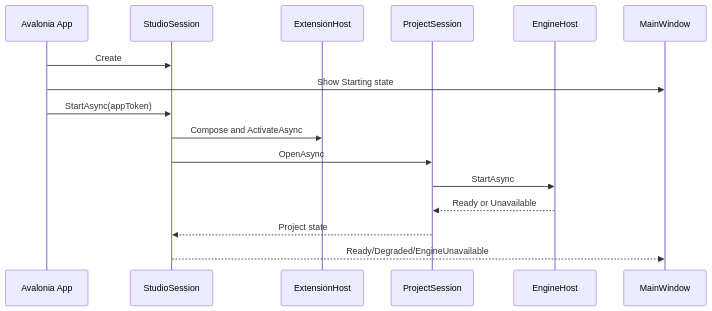
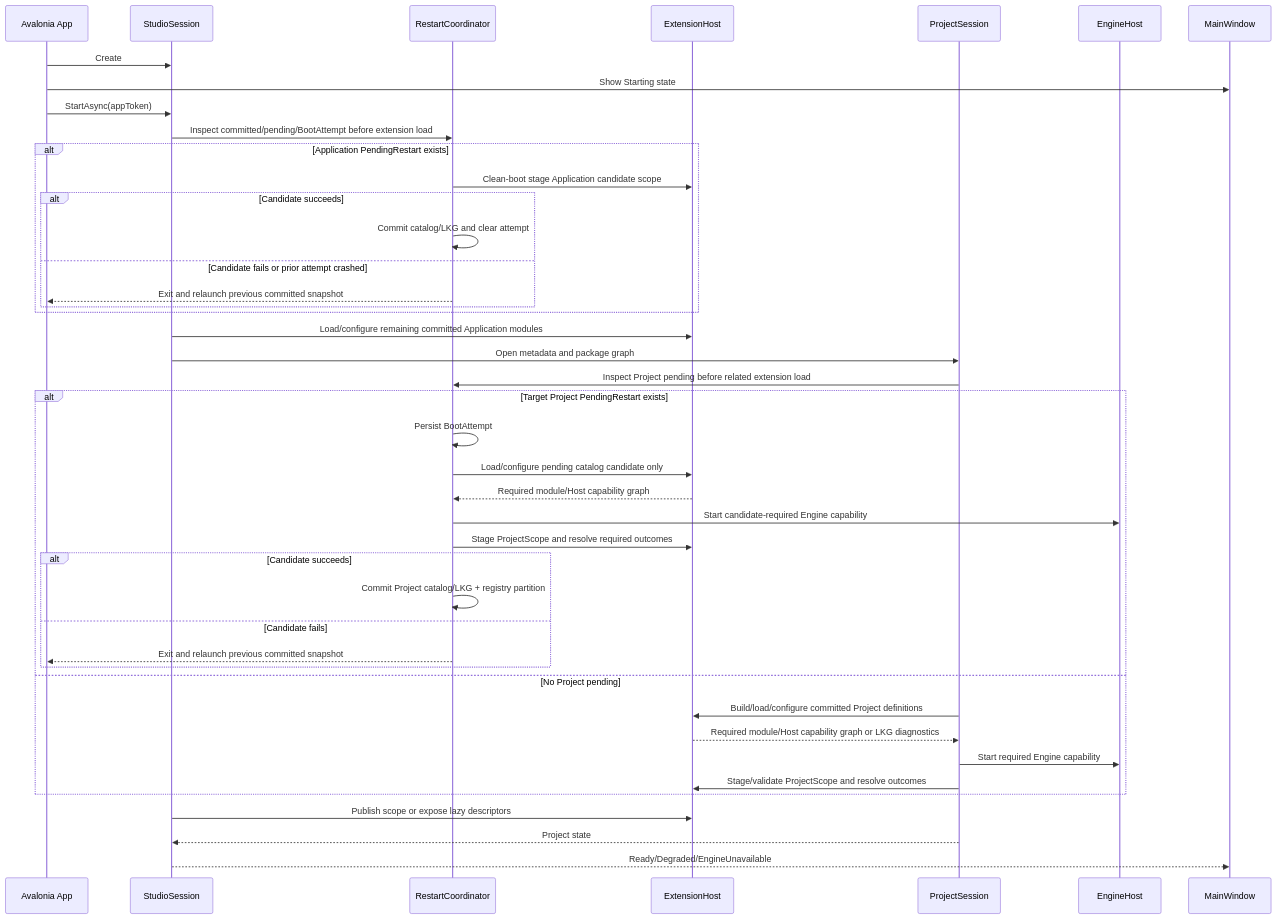
The second of 3 diagrams in apps/studio/docs/architecture/studio-lifecycle.md (66six11/Engine), drawn with Mermaid before and after one commit. The commit also changed other lines of this file and 19 other files, not shown here.

Commit message:
docs: redesign studio editor extension framework

````diff
--- a/apps/studio/docs/architecture/studio-lifecycle.md
+++ b/apps/studio/docs/architecture/studio-lifecycle.md
@@ -53,19 +56,46 @@
 ```mermaid
 sequenceDiagram
     participant App as Avalonia App
     participant Studio as StudioSession
+    participant Restart as RestartCoordinator
     participant Ext as ExtensionHost
     participant Project as ProjectSession
     participant Engine as EngineHost
     participant Shell as MainWindow
 
     App->>Studio: Create
     App->>Shell: Show Starting state
     App->>Studio: StartAsync(appToken)
-    Studio->>Ext: Compose and ActivateAsync
-    Studio->>Project: OpenAsync
-    Project->>Engine: StartAsync
-    Engine-->>Project: Ready or Unavailable
+    Studio->>Restart: Inspect committed/pending/BootAttempt before extension load
+    alt Application PendingRestart exists
+        Restart->>Ext: Clean-boot stage Application candidate scope
+        alt Candidate succeeds
+            Restart->>Restart: Commit catalog/LKG and clear attempt
+        else Candidate fails or prior attempt crashed
+            Restart-->>App: Exit and relaunch previous committed snapshot
+        end
+    end
+    Studio->>Ext: Load/configure remaining committed Application modules
+    Studio->>Project: Open metadata and package graph
+    Project->>Restart: Inspect Project pending before related extension load
+    alt Target Project PendingRestart exists
+        Restart->>Restart: Persist BootAttempt
+        Restart->>Ext: Load/configure pending catalog candidate only
+        Ext-->>Restart: Required module/Host capability graph
+        Restart->>Engine: Start candidate-required Engine capability
+        Restart->>Ext: Stage ProjectScope and resolve required outcomes
+        alt Candidate succeeds
+            Restart->>Restart: Commit Project catalog/LKG + registry partition
+        else Candidate fails
+            Restart-->>App: Exit and relaunch previous committed snapshot
+        end
+    else No Project pending
+        Project->>Ext: Build/load/configure committed Project definitions
+        Ext-->>Project: Required module/Host capability graph or LKG diagnostics
+        Project->>Engine: Start required Engine capability
+        Project->>Ext: Stage/validate ProjectScope and resolve outcomes
+    end
+    Studio->>Ext: Publish scope or expose lazy descriptors
     Project-->>Studio: Project state
     Studio-->>Shell: Ready/Degraded/EngineUnavailable
 ```
````
